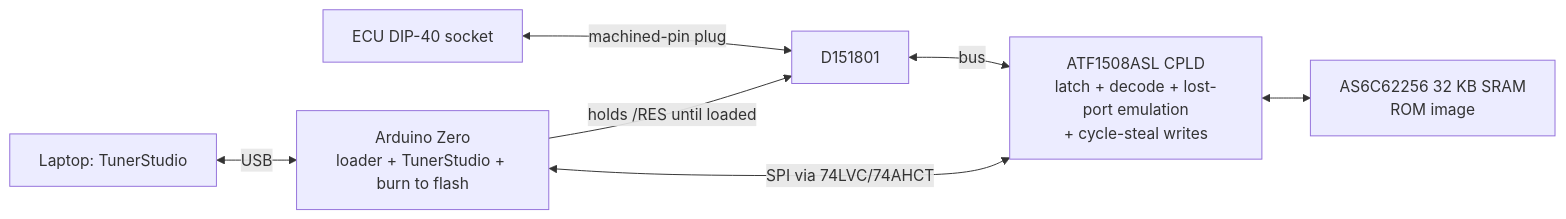
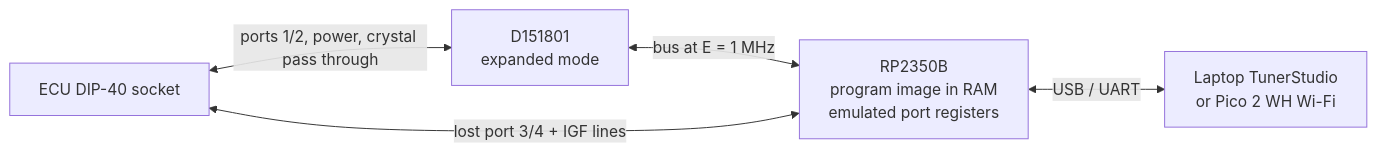
The fourth of 4 diagrams in docs/RE_PLAN.md (kurt-culley/Toyota-PCM-hacking), drawn with Mermaid before and after one commit. The commit also changed other lines of this file and 8 other files, not shown here.

````diff
--- a/docs/RE_PLAN.md
+++ b/docs/RE_PLAN.md
@@ -318,9 +317,7 @@
 ```mermaid
 flowchart LR
-  ECU[ECU DIP-40 socket] <-->|machined-pin plug| MCU[D151801]
-  MCU <-->|bus| GLUE[ATF1508ASL CPLD<br/>latch + decode + lost-port emulation<br/>+ cycle-steal writes]
-  GLUE <--> SRAM[AS6C62256 32 KB SRAM<br/>ROM image]
-  ZERO[Arduino Zero<br/>loader + TunerStudio + burn to flash] <-->|SPI via 74LVC/74AHCT| GLUE
-  ZERO -->|holds /RES until loaded| MCU
-  PC[Laptop: TunerStudio] <-->|USB| ZERO
+  ECU[ECU DIP-40 socket] <-->|ports 1/2, power, crystal pass through| MCU[D151801<br/>expanded mode]
+  MCU <-->|bus at E = 1 MHz| RP[RP2350B<br/>program image in RAM<br/>emulated port registers]
+  RP <-->|lost port 3/4 + IGF lines| ECU
+  RP <-->|USB / UART| LINK[Laptop TunerStudio<br/>or Pico 2 WH Wi-Fi]
 ```
````
